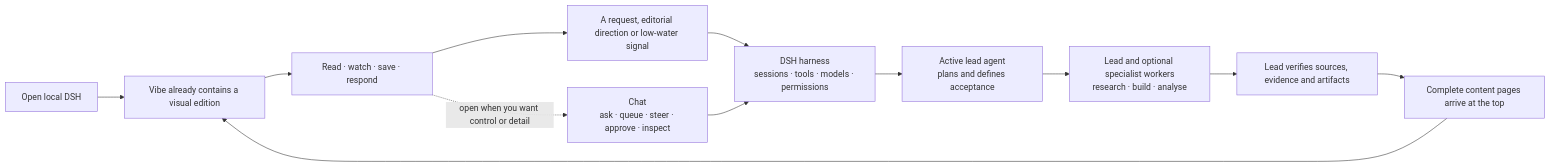
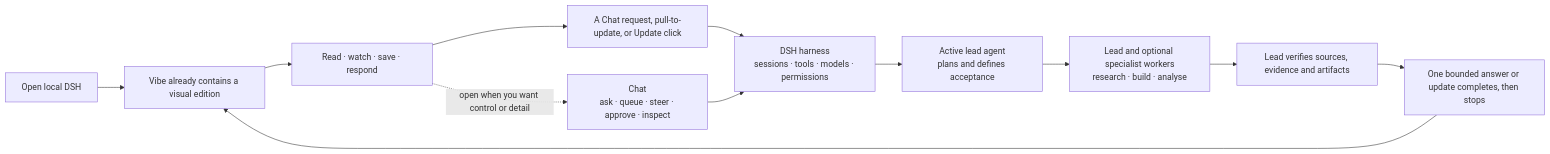
The diagram in README.md (N9-Developer-Empowerment/DSH-Vibeify), drawn with Mermaid before and after one commit. The commit also changed other lines of this file and 33 other files, not shown here.

````diff
--- a/README.md
+++ b/README.md
@@ -15,14 +15,14 @@
 ```mermaid
 flowchart LR
     OPEN["Open local DSH"] --> VIBE["Vibe already contains a visual edition"]
     VIBE --> EXPLORE["Read · watch · save · respond"]
-    EXPLORE --> SIGNAL["A request, editorial direction or low-water signal"]
+    EXPLORE --> SIGNAL["A Chat request, pull-to-update, or Update click"]
     SIGNAL --> HARNESS["DSH harness\nsessions · tools · models · permissions"]
     HARNESS --> LEAD["Active lead agent\nplans and defines acceptance"]
     LEAD --> WORK["Lead and optional specialist workers\nresearch · build · analyse"]
     WORK --> CHECK["Lead verifies sources, evidence and artifacts"]
-    CHECK --> PUBLISH["Complete content pages arrive at the top"]
+    CHECK --> PUBLISH["One bounded answer or update completes, then stops"]
     PUBLISH --> VIBE
     EXPLORE -. "open when you want control or detail" .-> CHAT["Chat\nask · queue · steer · approve · inspect"]
     CHAT --> HARNESS
 ```
````
